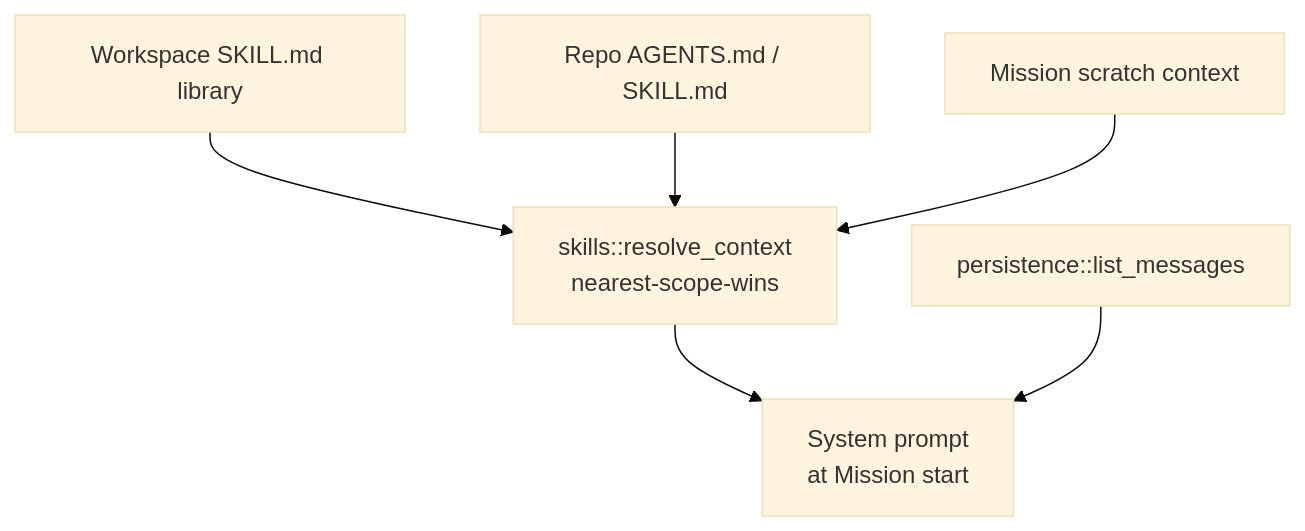
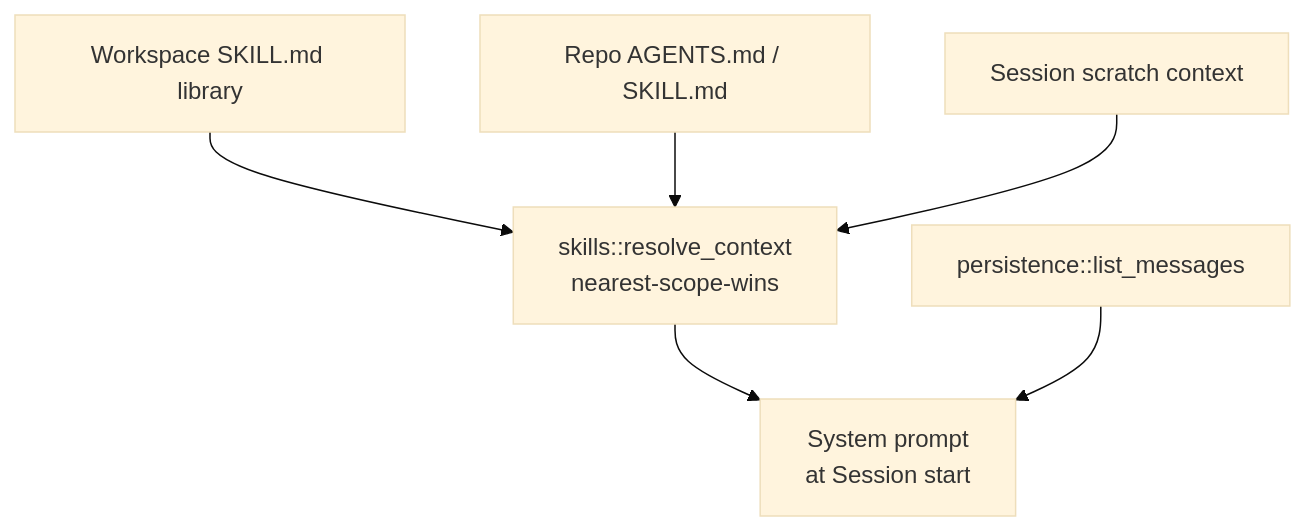
Before and after one commit to OPEN-CID/cid: the diagram in docs/010-Memory-System.md, drawn with Mermaid (base theme). The commit also changed other lines of this file and 167 other files, not shown here.

````diff
--- a/docs/010-Memory-System.md
+++ b/docs/010-Memory-System.md
@@ -29,8 +29,8 @@
 ```mermaid
 graph TB
   WS["Workspace SKILL.md library"] --> Resolve["skills::resolve_context<br/>nearest-scope-wins"]
   Repo["Repo AGENTS.md / SKILL.md"] --> Resolve
-  Mission["Mission scratch context"] --> Resolve
-  Resolve --> Prompt["System prompt<br/>at Mission start"]
+  Session["Session scratch context"] --> Resolve
+  Resolve --> Prompt["System prompt<br/>at Session start"]
   History["persistence::list_messages"] --> Prompt
 ```
````
